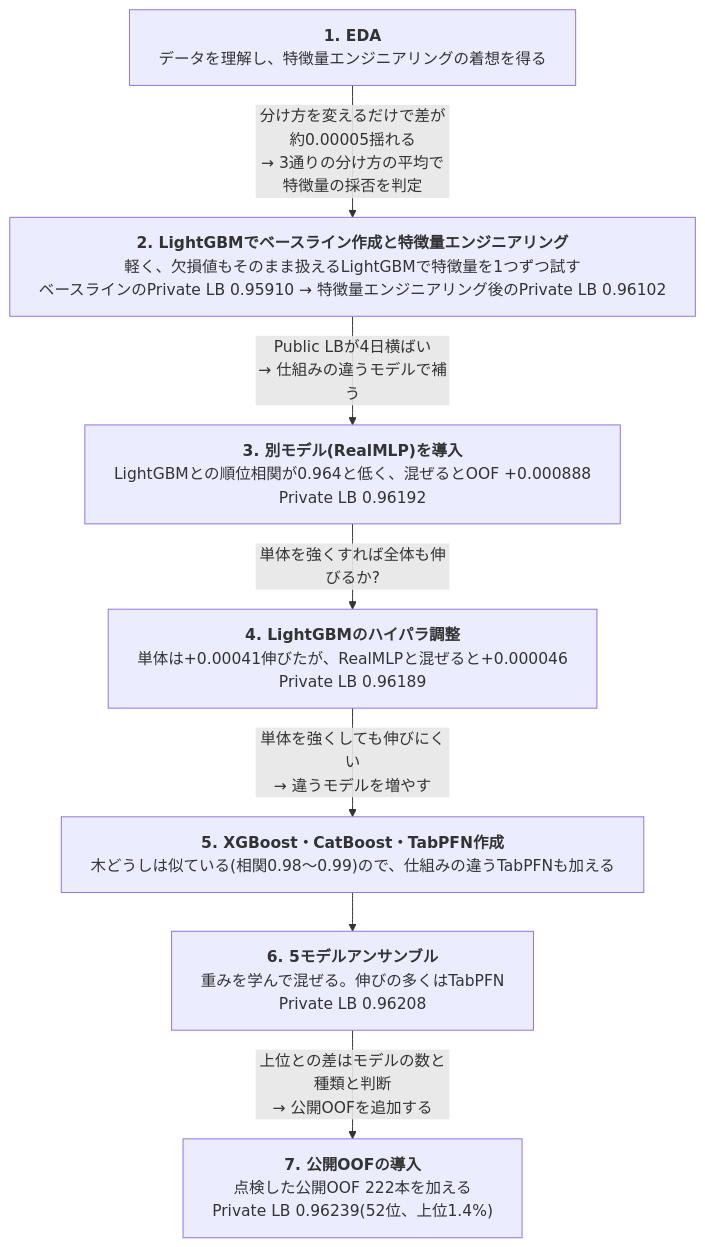
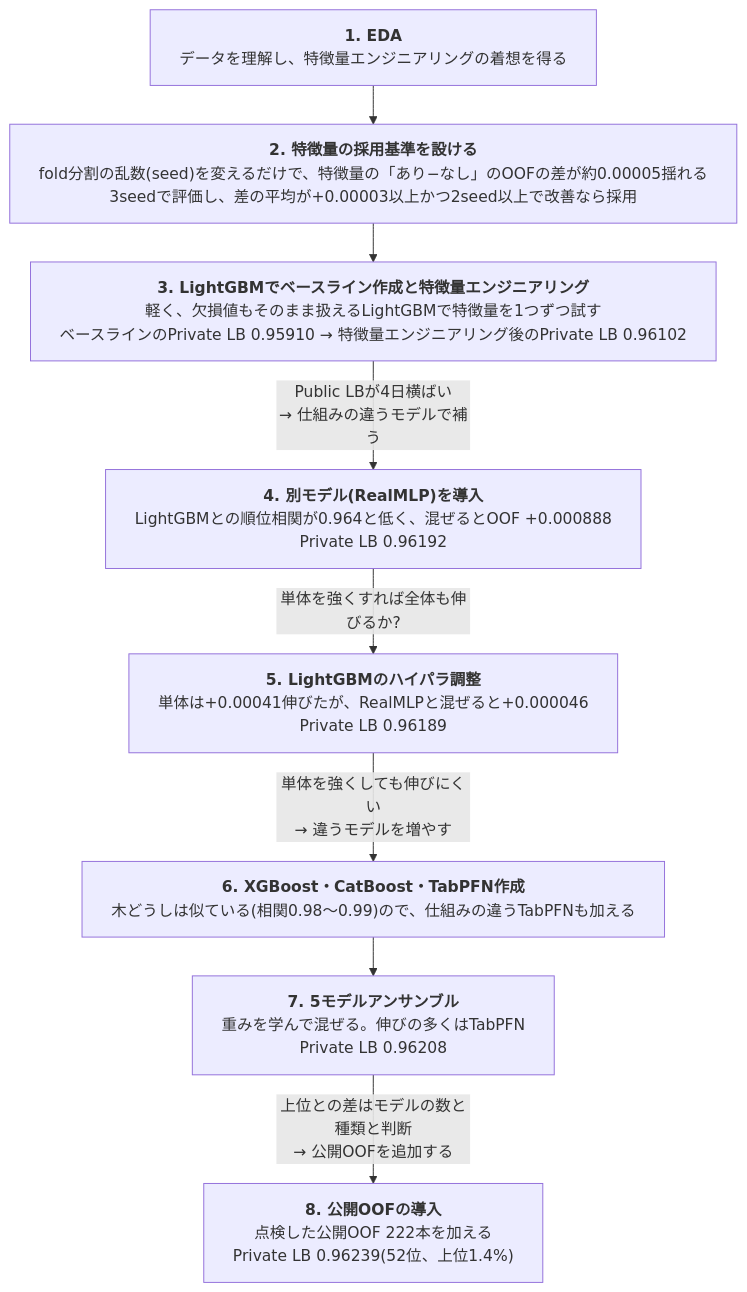
Before and after one commit to aramaki5443-art/kaggle-s6e10-airline-satisfaction: the first of 3 diagrams in README.md, drawn with Mermaid. The commit also changed other lines of this file and 11 other files, not shown here.

````diff
--- a/README.md
+++ b/README.md
@@ -21,22 +21,23 @@
 ```mermaid
 ---
 config:
   flowchart:
     wrappingWidth: 800
     rankSpacing: 40
 ---
 flowchart TD
   S1["<b>1. EDA</b><br>データを理解し、特徴量エンジニアリングの着想を得る"]
-  S2["<b>2. LightGBMでベースライン作成と特徴量エンジニアリング</b><br>軽く、欠損値もそのまま扱えるLightGBMで特徴量を1つずつ試す<br>ベースラインのPrivate LB 0.95910 → 特徴量エンジニアリング後のPrivate LB 0.96102"]
-  S3["<b>3. 別モデル(RealMLP)を導入</b><br>LightGBMとの順位相関が0.964と低く、混ぜるとOOF +0.000888<br>Private LB 0.96192"]
-  S4["<b>4. LightGBMのハイパラ調整</b><br>単体は+0.00041伸びたが、RealMLPと混ぜると+0.000046<br>Private LB 0.96189"]
-  S5["<b>5. XGBoost・CatBoost・TabPFN作成</b><br>木どうしは似ている(相関0.98〜0.99)ので、仕組みの違うTabPFNも加える"]
-  S6["<b>6. 5モデルアンサンブル</b><br>重みを学んで混ぜる。伸びの多くはTabPFN<br>Private LB 0.96208"]
-  S7["<b>7. 公開OOFの導入</b><br>点検した公開OOF 222本を加える<br>Private LB 0.96239(52位、上位1.4%)"]
-  S1 -->|"分け方を変えるだけで差が約0.00005揺れる<br>→ 3通りの分け方の平均で特徴量の採否を判定"| S2
+  SC["<b>2. 特徴量の採用基準を設ける</b><br>fold分割の乱数(seed)を変えるだけで、特徴量の「あり−なし」のOOFの差が約0.00005揺れる<br>3seedで評価し、差の平均が+0.00003以上かつ2seed以上で改善なら採用"]
+  S2["<b>3. LightGBMでベースライン作成と特徴量エンジニアリング</b><br>軽く、欠損値もそのまま扱えるLightGBMで特徴量を1つずつ試す<br>ベースラインのPrivate LB 0.95910 → 特徴量エンジニアリング後のPrivate LB 0.96102"]
+  S3["<b>4. 別モデル(RealMLP)を導入</b><br>LightGBMとの順位相関が0.964と低く、混ぜるとOOF +0.000888<br>Private LB 0.96192"]
+  S4["<b>5. LightGBMのハイパラ調整</b><br>単体は+0.00041伸びたが、RealMLPと混ぜると+0.000046<br>Private LB 0.96189"]
+  S5["<b>6. XGBoost・CatBoost・TabPFN作成</b><br>木どうしは似ている(相関0.98〜0.99)ので、仕組みの違うTabPFNも加える"]
+  S6["<b>7. 5モデルアンサンブル</b><br>重みを学んで混ぜる。伸びの多くはTabPFN<br>Private LB 0.96208"]
+  S7["<b>8. 公開OOFの導入</b><br>点検した公開OOF 222本を加える<br>Private LB 0.96239(52位、上位1.4%)"]
+  S1 --> SC --> S2
   S2 -->|"Public LBが4日横ばい<br>→ 仕組みの違うモデルで補う"| S3
   S3 -->|"単体を強くすれば全体も伸びるか?"| S4
   S4 -->|"単体を強くしても伸びにくい<br>→ 違うモデルを増やす"| S5
   S5 --> S6
   S6 -->|"上位との差はモデルの数と種類と判断<br>→ 公開OOFを追加する"| S7
 ```
````
